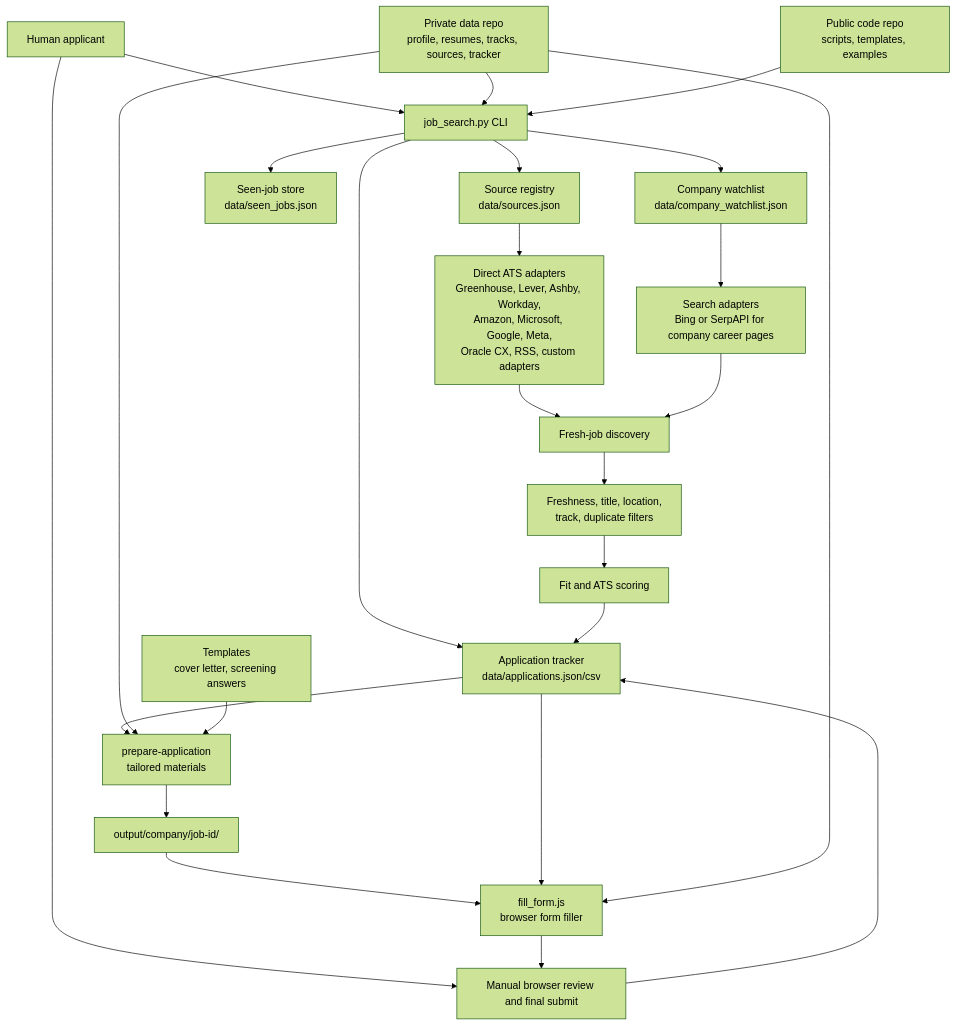
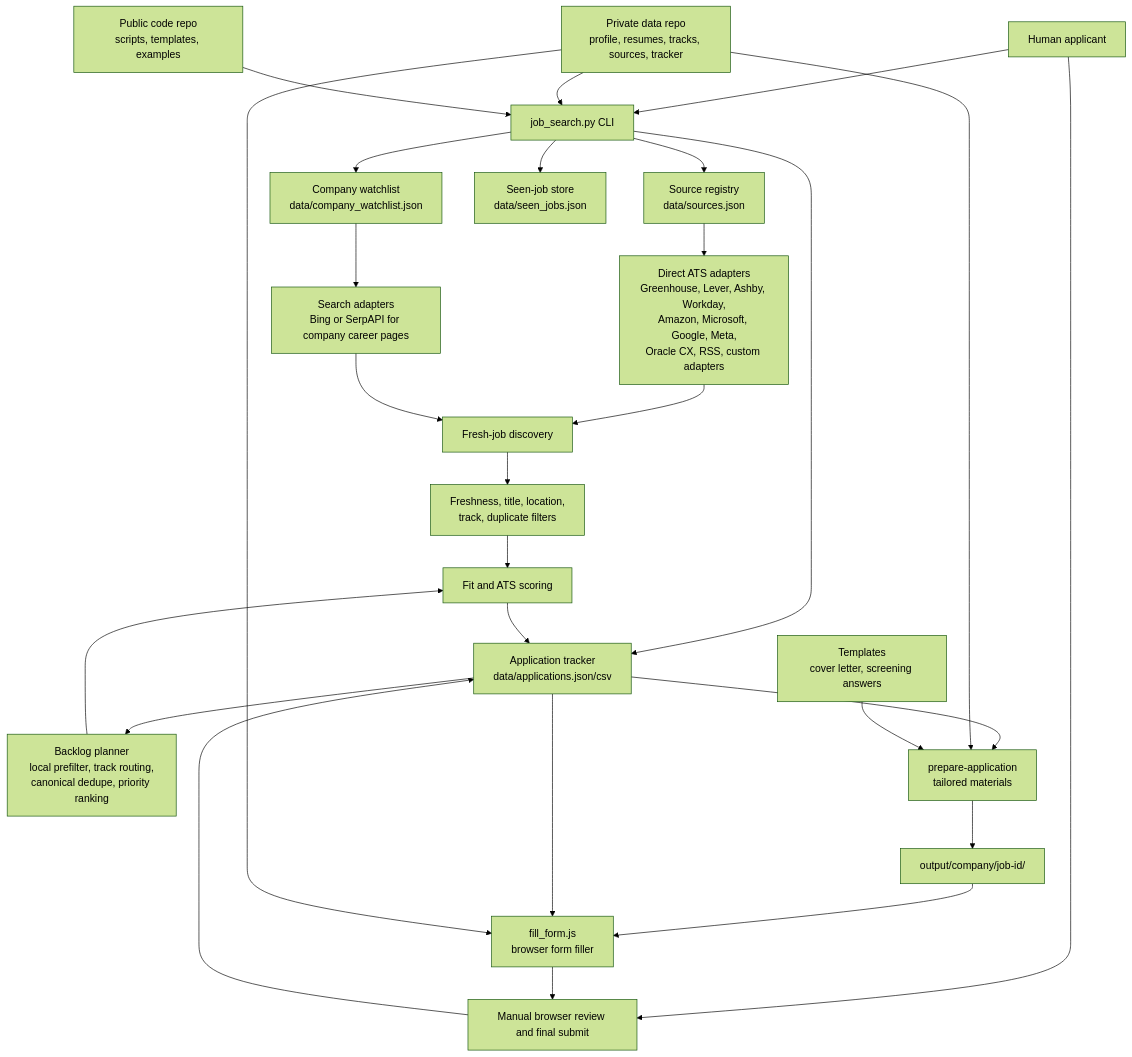
Before and after one commit to luxinyue0910/job-search-agent: the first of 2 diagrams in README.md, drawn with Mermaid (forest theme). The commit also changed other lines of this file and 3 other files, not shown here.

````diff
--- a/README.md
+++ b/README.md
@@ -62,33 +62,36 @@
 ```mermaid
 flowchart TD
   User["Human applicant"] --> CLI["job_search.py CLI"]
   User --> BrowserReview["Manual browser review and final submit"]
 
   PrivateRepo["Private data repo<br/>profile, resumes, tracks, sources, tracker"] --> CLI
   PublicRepo["Public code repo<br/>scripts, templates, examples"] --> CLI
 
   CLI --> Sources["Source registry<br/>data/sources.json"]
   CLI --> Watchlist["Company watchlist<br/>data/company_watchlist.json"]
   CLI --> Seen["Seen-job store<br/>data/seen_jobs.json"]
   CLI --> Tracker["Application tracker<br/>data/applications.json/csv"]
 
   Sources --> DirectAdapters["Direct ATS adapters<br/>Greenhouse, Lever, Ashby, Workday,<br/>Amazon, Microsoft, Google, Meta,<br/>Oracle CX, RSS, custom adapters"]
   Watchlist --> SearchAdapters["Search adapters<br/>Bing or SerpAPI for company career pages"]
   DirectAdapters --> Discovery["Fresh-job discovery"]
   SearchAdapters --> Discovery
 
   Discovery --> Filters["Freshness, title, location,<br/>track, duplicate filters"]
   Filters --> Scoring["Fit and ATS scoring"]
   Scoring --> Tracker
 
+  Tracker --> BacklogPlanner["Backlog planner<br/>local prefilter, track routing,<br/>canonical dedupe, priority ranking"]
+  BacklogPlanner --> Scoring
+
   Tracker --> Materials["prepare-application<br/>tailored materials"]
   PrivateRepo --> Materials
   Templates["Templates<br/>cover letter, screening answers"] --> Materials
   Materials --> Output["output/company/job-id/"]
 
   Output --> Filler["fill_form.js<br/>browser form filler"]
   Tracker --> Filler
   PrivateRepo --> Filler
   Filler --> BrowserReview
   BrowserReview --> Tracker
 ```
````
